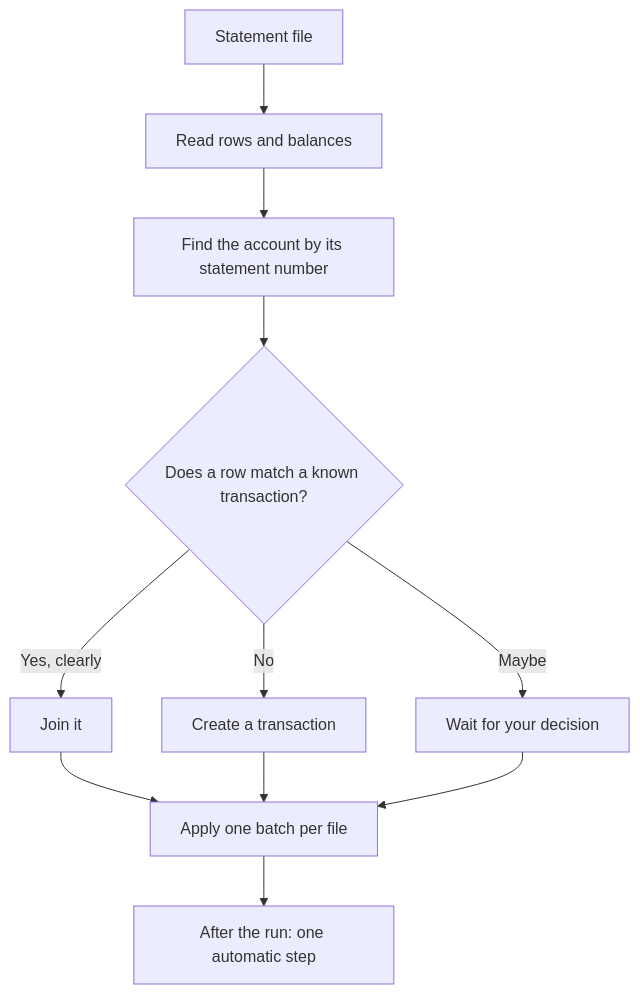
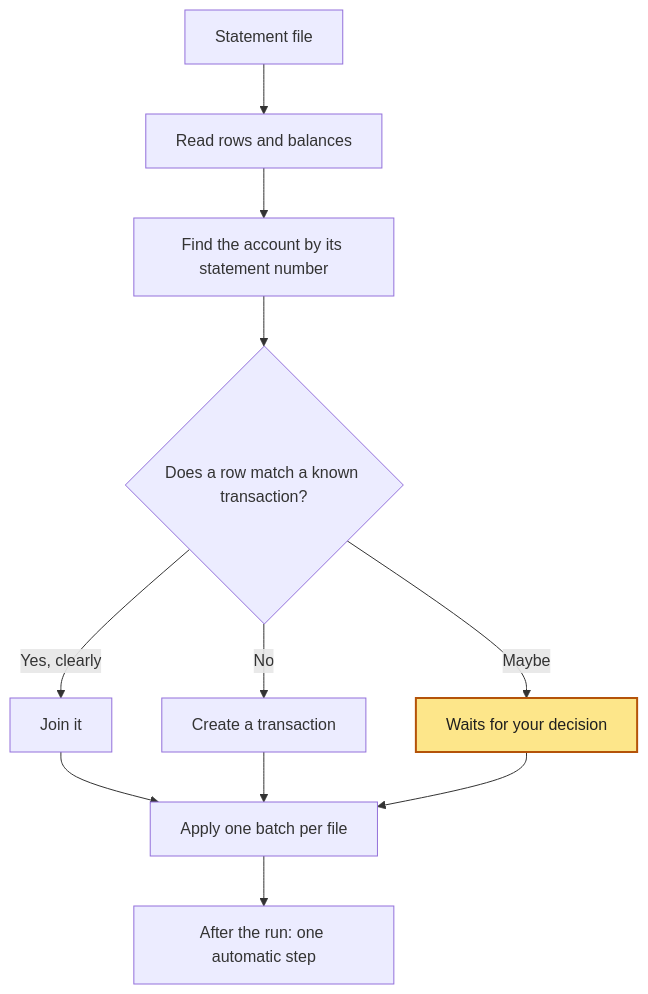
One commit to spinningyoyo/omsync changed the second of 2 diagrams in docs/architecture/import.md. Above: the diagram before and after it, drawn with Mermaid. The commit also changed other lines of this file and 337 other files, not shown here.

````diff
--- a/docs/architecture/import.md
+++ b/docs/architecture/import.md
@@ -22,13 +21,15 @@
 ```mermaid
 flowchart TD
     File[Statement file] --> Parse[Read rows and balances]
     Parse --> Account[Find the account by its statement number]
     Account --> Evidence{Does a row match a known transaction?}
     Evidence -->|Yes, clearly| Join[Join it]
     Evidence -->|No| New[Create a transaction]
-    Evidence -->|Maybe| Review[Wait for your decision]
+    Evidence -->|Maybe| Review[Waits for your decision]
     Join --> Apply[Apply one batch per file]
     New --> Apply
     Review --> Apply
     Apply --> Auto[After the run: one automatic step]
+    class Review waits
+    classDef waits fill:#fde68a,stroke:#b45309,stroke-width:2px,color:#1f1f1f
 ```
````
